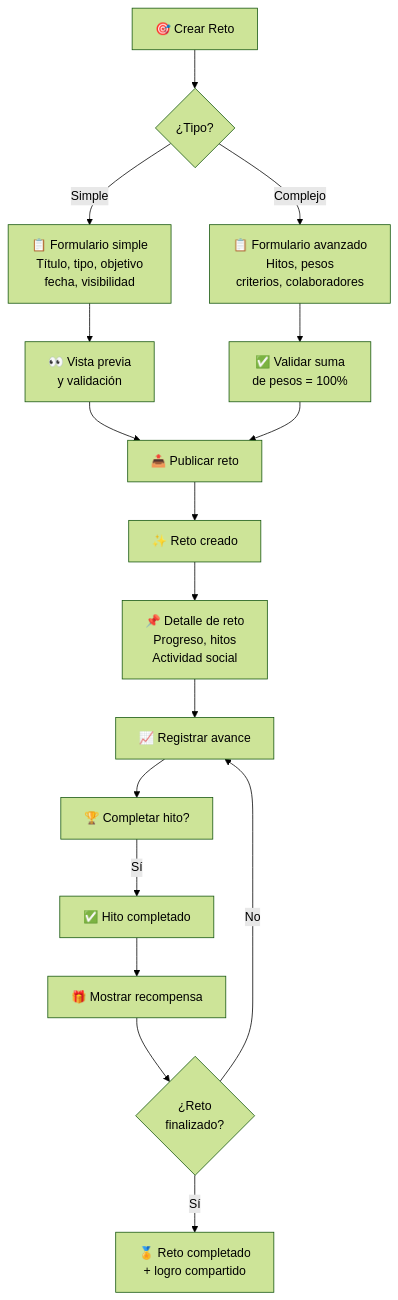
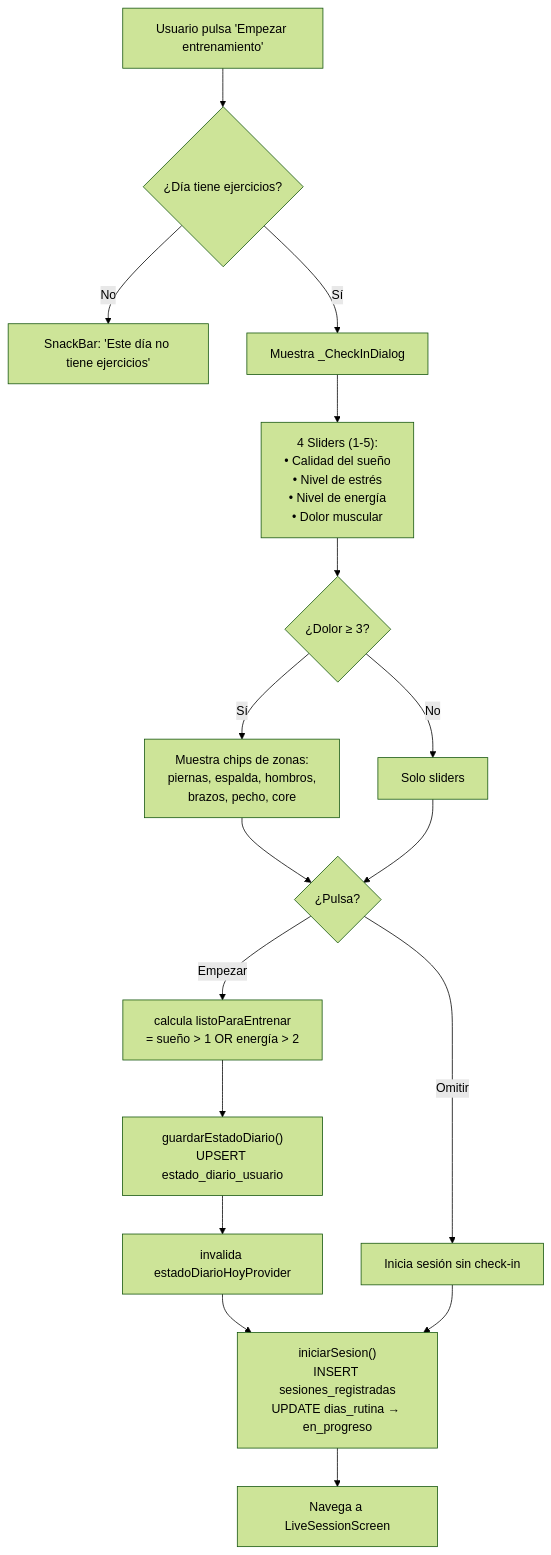
The third of 4 diagrams in docs/06-frontend.md (Jloen1999/synaptixfit), drawn with Mermaid (forest theme) before and after one commit. The commit also changed other lines of this file and 35 other files, not shown here.

````diff
--- a/docs/06-frontend.md
+++ b/docs/06-frontend.md
@@ -238,22 +264,25 @@
 ```mermaid
 flowchart TD
-    A["🎯 Crear Reto"] --> B{¿Tipo?}
-    B -->|Simple| C["📋 Formulario simple<br/>Título, tipo, objetivo<br/>fecha, visibilidad"]
-    B -->|Complejo| D["📋 Formulario avanzado<br/>Hitos, pesos<br/>criterios, colaboradores"]
-    
-    C --> E["👀 Vista previa<br/>y validación"]
-    D --> F["✅ Validar suma<br/>de pesos = 100%"]
-    
-    E --> G["📤 Publicar reto"]
-    F --> G
-    
-    G --> H["✨ Reto creado"]
-    H --> I["📌 Detalle de reto<br/>Progreso, hitos<br/>Actividad social"]
-    I --> J["📈 Registrar avance"]
-    J --> K["🏆 Completar hito?"]
-    K -->|Sí| L["✅ Hito completado"]
-    L --> M["🎁 Mostrar recompensa"]
-    M --> N{¿Reto<br/>finalizado?}
-    N -->|Sí| O["🏅 Reto completado<br/>+ logro compartido"]
-    N -->|No| J
+    A["Usuario pulsa 'Empezar entrenamiento'"] --> B{"¿Día tiene ejercicios?"}
+    B -->|No| C["SnackBar: 'Este día no tiene ejercicios'"]
+    B -->|Sí| D["Muestra _CheckInDialog"]
+
+    D --> E["4 Sliders (1-5):\n• Calidad del sueño\n• Nivel de estrés\n• Nivel de energía\n• Dolor muscular"]
+
+    E --> F{"¿Dolor ≥ 3?"}
+    F -->|Sí| G["Muestra chips de zonas:\npiernas, espalda, hombros,\nbrazos, pecho, core"]
+    F -->|No| H["Solo sliders"]
+
+    G --> I{"¿Pulsa?"}
+    H --> I
+
+    I -->|"Empezar"| J["calcula listoParaEntrenar\n= sueño > 1 OR energía > 2"]
+    I -->|"Omitir"| K["Inicia sesión sin check-in"]
+
+    J --> L["guardarEstadoDiario()\nUPSERT estado_diario_usuario"]
+    L --> M["invalida estadoDiarioHoyProvider"]
+    M --> N["iniciarSesion()\nINSERT sesiones_registradas\nUPDATE dias_rutina → en_progreso"]
+
+    K --> N
+    N --> O["Navega a LiveSessionScreen"]
 ```
````
